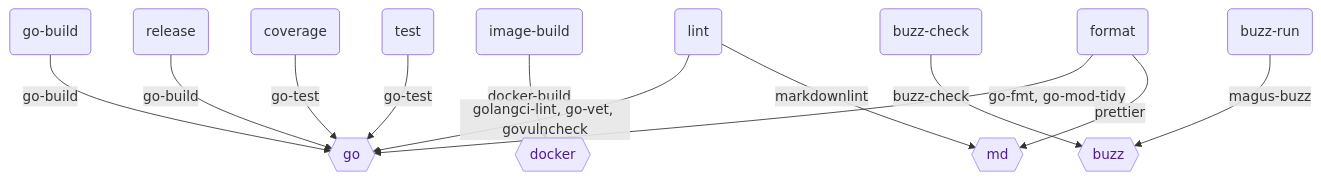
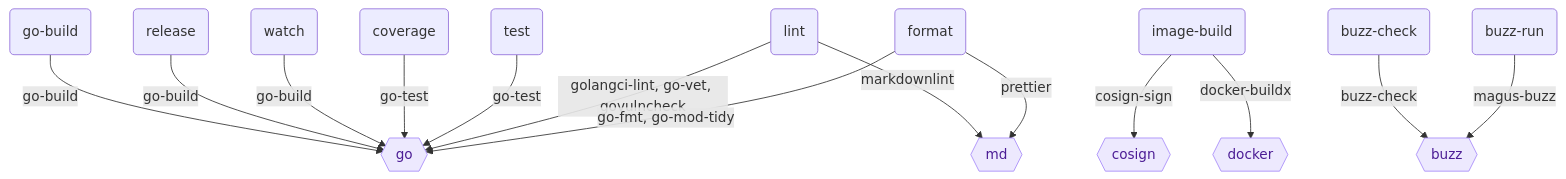
One commit to egladman/magus changed the third of 6 diagrams in MAGUS.md. Above: the diagram before and after it, drawn with Mermaid. The commit also changed other lines of this file and 617 other files, not shown here.

Commit message:
formalize the spell op model (descriptor); foreignprocess -> opaque; charm becomes a pure-buzz inlinable module

````diff
--- a/MAGUS.md
+++ b/MAGUS.md
@@ -120,29 +121,33 @@
 ```mermaid
 graph TB
   t_go_build("go-build")
   sp_go{{"go"}}
   t_image_build("image-build")
   sp_docker{{"docker"}}
+  sp_cosign{{"cosign"}}
   t_release("release")
+  t_watch("watch")
   t_coverage("coverage")
   t_buzz_check("buzz-check")
   sp_buzz{{"buzz"}}
   t_buzz_run("buzz-run")
   t_test("test")
   t_lint("lint")
   sp_md{{"md"}}
   t_format("format")
   t_go_build -->|"go-build"| sp_go
-  t_image_build -->|"docker-build"| sp_docker
+  t_image_build -->|"docker-buildx"| sp_docker
+  t_image_build -->|"cosign-sign"| sp_cosign
   t_release -->|"go-build"| sp_go
+  t_watch -->|"go-build"| sp_go
   t_coverage -->|"go-test"| sp_go
   t_buzz_check -->|"buzz-check"| sp_buzz
   t_buzz_run -->|"magus-buzz"| sp_buzz
   t_test -->|"go-test"| sp_go
   t_lint -->|"golangci-lint, go-vet, govulncheck"| sp_go
   t_lint -->|"markdownlint"| sp_md
   t_format -->|"go-fmt, go-mod-tidy"| sp_go
   t_format -->|"prettier"| sp_md
   classDef spell fill:#ede9fe,color:#4c1d95,stroke:#a78bfa
-  class sp_buzz,sp_docker,sp_go,sp_md spell
+  class sp_buzz,sp_cosign,sp_docker,sp_go,sp_md spell
 ```
````
